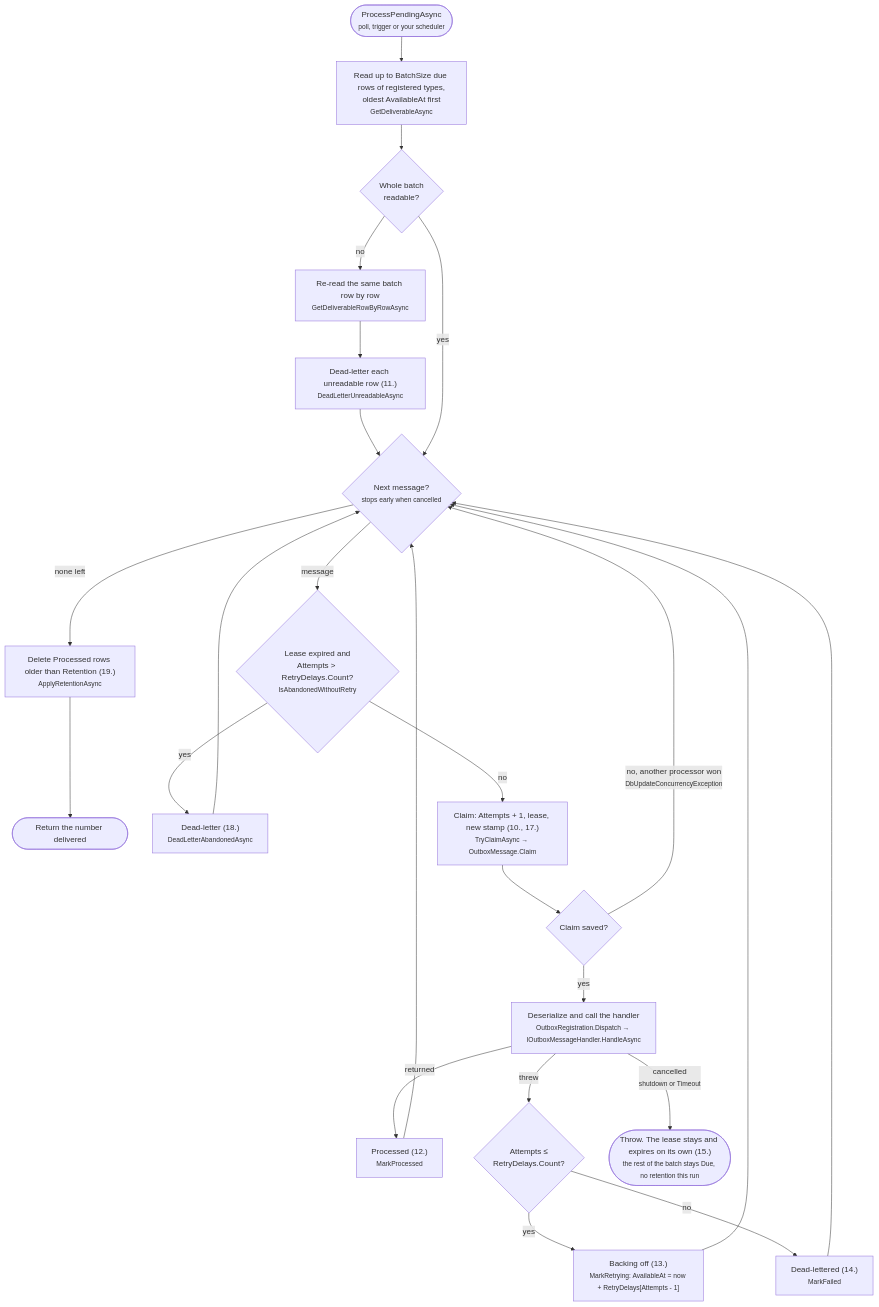
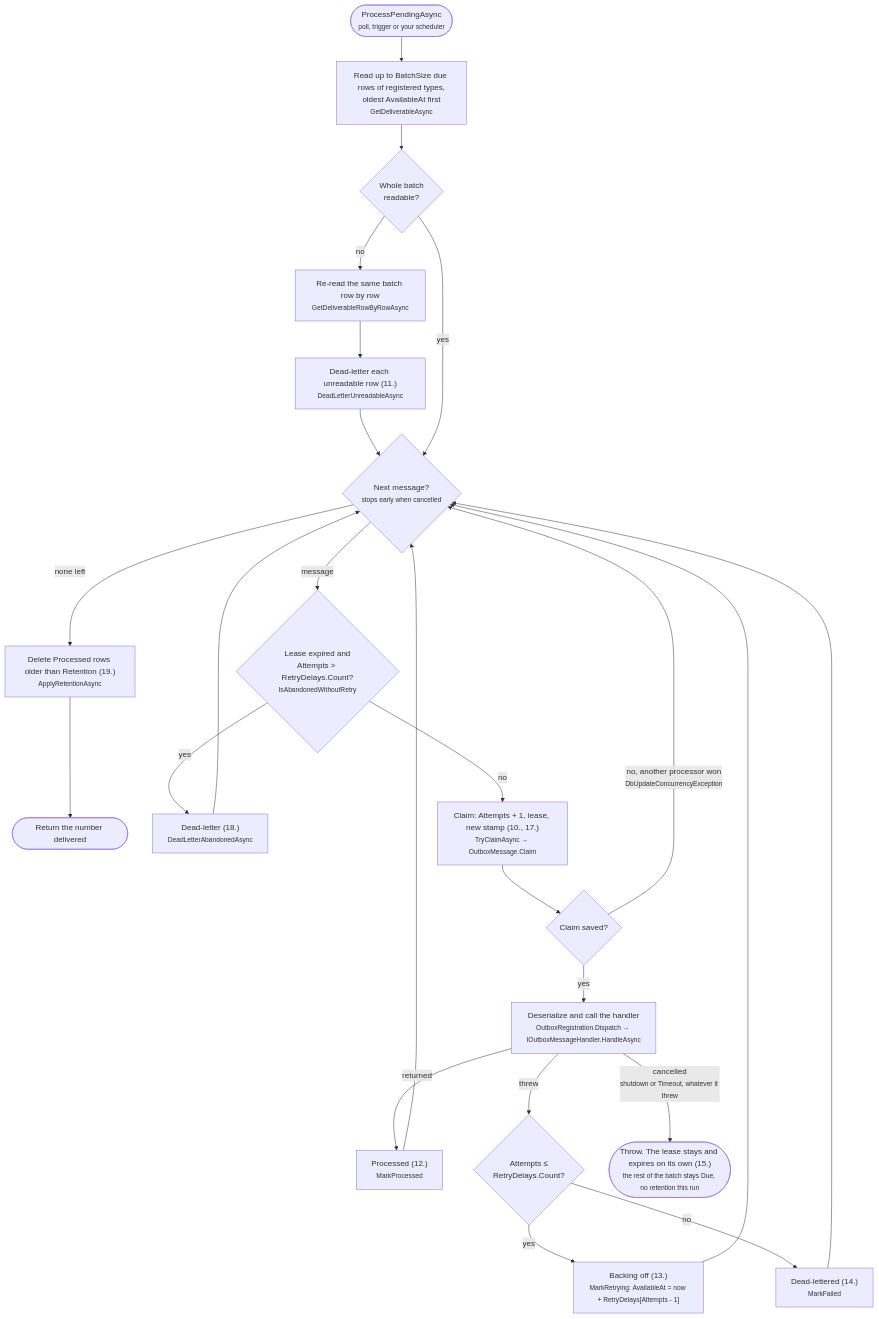
Before and after one commit to drozdik-m/domain-driven-design: the third of 3 diagrams in src/MartinDrozdik.DDD.Web/OutboxDiagram.md, drawn with Mermaid. The commit also changed 4 other files, not shown here.

````diff
--- a/src/MartinDrozdik.DDD.Web/OutboxDiagram.md
+++ b/src/MartinDrozdik.DDD.Web/OutboxDiagram.md
@@ -96,29 +96,29 @@
 ```mermaid
 flowchart TD
     start(["ProcessPendingAsync<br/><small>poll, trigger or your scheduler</small>"]) --> read["Read up to BatchSize due rows of registered types,<br/>oldest AvailableAt first<br/><small>GetDeliverableAsync</small>"]
     read --> readable{"Whole batch<br/>readable?"}
     readable -- "no" --> rowByRow["Re-read the same batch row by row<br/><small>GetDeliverableRowByRowAsync</small>"]
     rowByRow --> unreadable["Dead-letter each unreadable row (11.)<br/><small>DeadLetterUnreadableAsync</small>"]
     unreadable --> next
     readable -- "yes" --> next{"Next message?<br/><small>stops early when cancelled</small>"}
 
     next -- "none left" --> retention["Delete Processed rows older than Retention (19.)<br/><small>ApplyRetentionAsync</small>"]
     retention --> done(["Return the number delivered"])
 
     next -- "message" --> abandoned{"Lease expired and<br/>Attempts > RetryDelays.Count?<br/><small>IsAbandonedWithoutRetry</small>"}
     abandoned -- "yes" --> deadAbandoned["Dead-letter (18.)<br/><small>DeadLetterAbandonedAsync</small>"]
     deadAbandoned --> next
     abandoned -- "no" --> claim["Claim: Attempts + 1, lease, new stamp (10., 17.)<br/><small>TryClaimAsync → OutboxMessage.Claim</small>"]
     claim --> won{"Claim saved?"}
     won -- "no, another processor won<br/><small>DbUpdateConcurrencyException</small>" --> next
     won -- "yes" --> dispatch["Deserialize and call the handler<br/><small>OutboxRegistration.Dispatch → IOutboxMessageHandler.HandleAsync</small>"]
 
     dispatch -- "returned" --> processed["Processed (12.)<br/><small>MarkProcessed</small>"]
     processed --> next
     dispatch -- "threw" --> retryLeft{"Attempts ≤<br/>RetryDelays.Count?"}
     retryLeft -- "yes" --> retrying["Backing off (13.)<br/><small>MarkRetrying: AvailableAt = now + RetryDelays[Attempts - 1]</small>"]
     retrying --> next
     retryLeft -- "no" --> failed["Dead-lettered (14.)<br/><small>MarkFailed</small>"]
     failed --> next
-    dispatch -- "cancelled<br/><small>shutdown or Timeout</small>" --> cancelled(["Throw. The lease stays and expires on its own (15.)<br/><small>the rest of the batch stays Due, no retention this run</small>"])
+    dispatch -- "cancelled<br/><small>shutdown or Timeout, whatever it threw</small>" --> cancelled(["Throw. The lease stays and expires on its own (15.)<br/><small>the rest of the batch stays Due, no retention this run</small>"])
 ```
````
